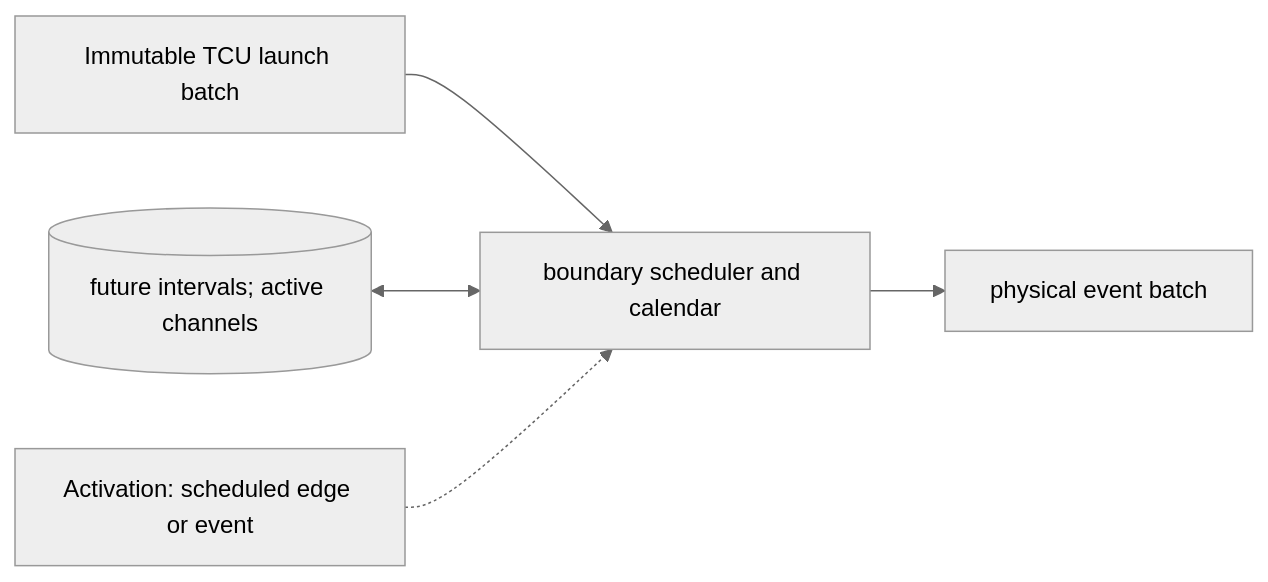
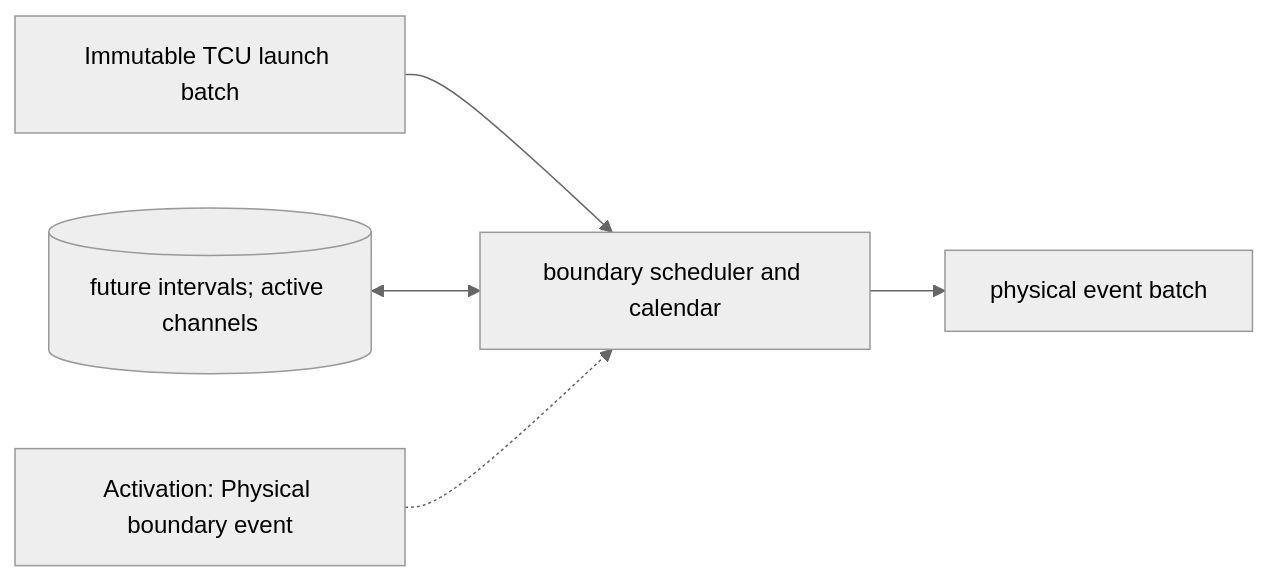
The diagram in docs/modules/output-channels-and-resource-calendar.md (qsbit-org/qsbit-sim), drawn with Mermaid (neutral theme) before and after one commit. The commit also changed other lines of this file and 24 other files, not shown here.

````diff
--- a/docs/modules/output-channels-and-resource-calendar.md
+++ b/docs/modules/output-channels-and-resource-calendar.md
@@ -17,7 +17,7 @@
 ```mermaid
 flowchart LR
     U["Immutable TCU launch batch"] --> P["boundary scheduler and calendar"]
     S[("future intervals; active channels")] <--> P
     P --> D["physical event batch"]
-    K["Activation: scheduled edge or event"] -.-> P
+    K["Activation: Physical boundary event"] -.-> P
 ```
````
